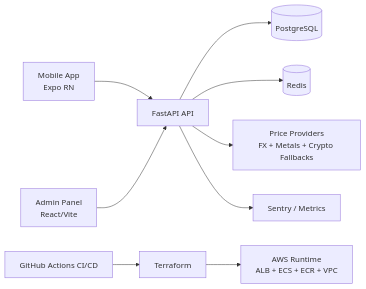
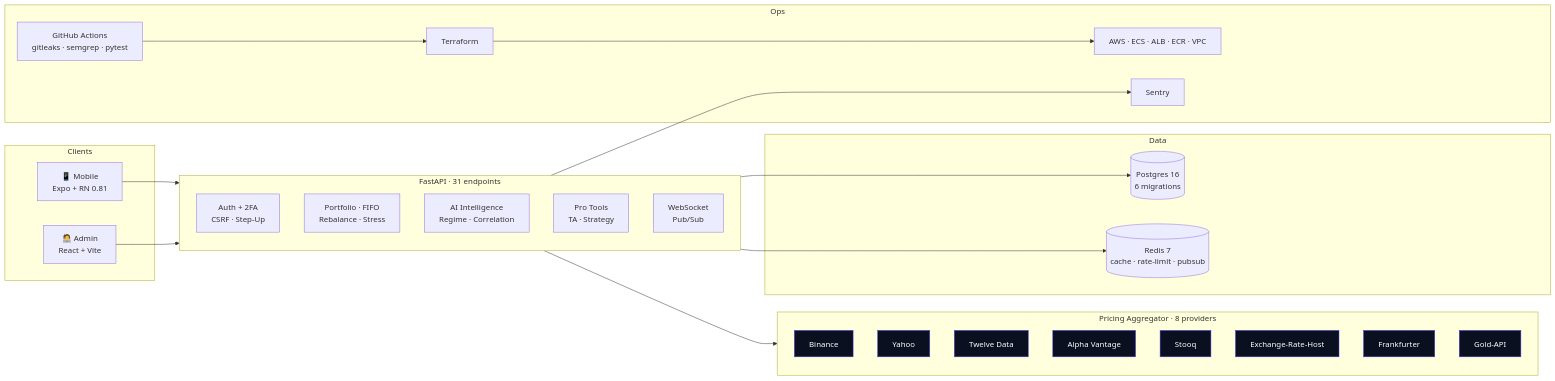
One commit to ardamoustafa1/MarketPulseAI changed the first of 3 diagrams in README.md. Above: the diagram before and after it, drawn with Mermaid. The commit also changed other lines of this file, not shown here.

````diff
--- a/README.md
+++ b/README.md
@@ -78,11 +155,48 @@
 ```mermaid
 flowchart LR
-    M[Mobile App<br/>Expo RN] --> API[FastAPI API]
-    A[Admin Panel<br/>React/Vite] --> API
-    API --> PG[(PostgreSQL)]
-    API --> R[(Redis)]
-    API --> P[Price Providers<br/>FX + Metals + Crypto Fallbacks]
-    API --> S[Sentry / Metrics]
-    CI[GitHub Actions CI/CD] --> TF[Terraform]
-    TF --> AWS[AWS Runtime<br/>ALB + ECS + ECR + VPC]
+  subgraph Clients
+    M["📱 Mobile<br/>Expo + RN 0.81"]
+    A["🧑‍💻 Admin<br/>React + Vite"]
+  end
+
+  subgraph API["FastAPI · 31 endpoints"]
+    AUTH["Auth + 2FA<br/>CSRF · Step-Up"]
+    PORT["Portfolio · FIFO<br/>Rebalance · Stress"]
+    INT["AI Intelligence<br/>Regime · Correlation"]
+    PRO["Pro Tools<br/>TA · Strategy"]
+    WS["WebSocket<br/>Pub/Sub"]
+  end
+
+  subgraph Data
+    PG[("Postgres 16<br/>6 migrations")]
+    R[("Redis 7<br/>cache · rate-limit · pubsub")]
+  end
+
+  subgraph Pricing["Pricing Aggregator · 8 providers"]
+    BN[Binance]:::p
+    YH[Yahoo]:::p
+    TD[Twelve Data]:::p
+    AV[Alpha Vantage]:::p
+    ST[Stooq]:::p
+    ERH[Exchange-Rate-Host]:::p
+    FR[Frankfurter]:::p
+    GA[Gold-API]:::p
+  end
+
+  subgraph Ops
+    S[Sentry]
+    CI[GitHub Actions<br/>gitleaks · semgrep · pytest]
+    TF[Terraform]
+    AWS[AWS · ECS · ALB · ECR · VPC]
+  end
+
+  M --> API
+  A --> API
+  API --> PG
+  API --> R
+  API --> Pricing
+  API --> S
+  CI --> TF --> AWS
+
+  classDef p fill:#0b1020,color:#fff,stroke:#4f46e5;
 ```
````
